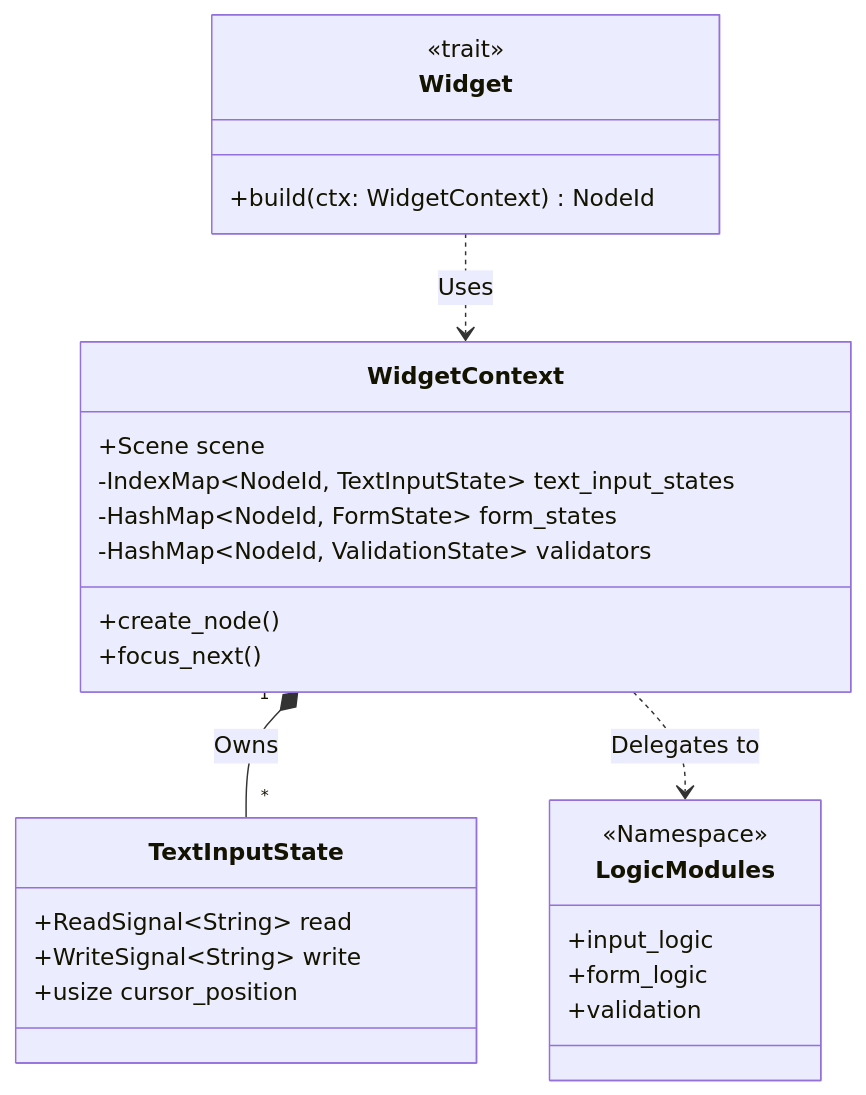
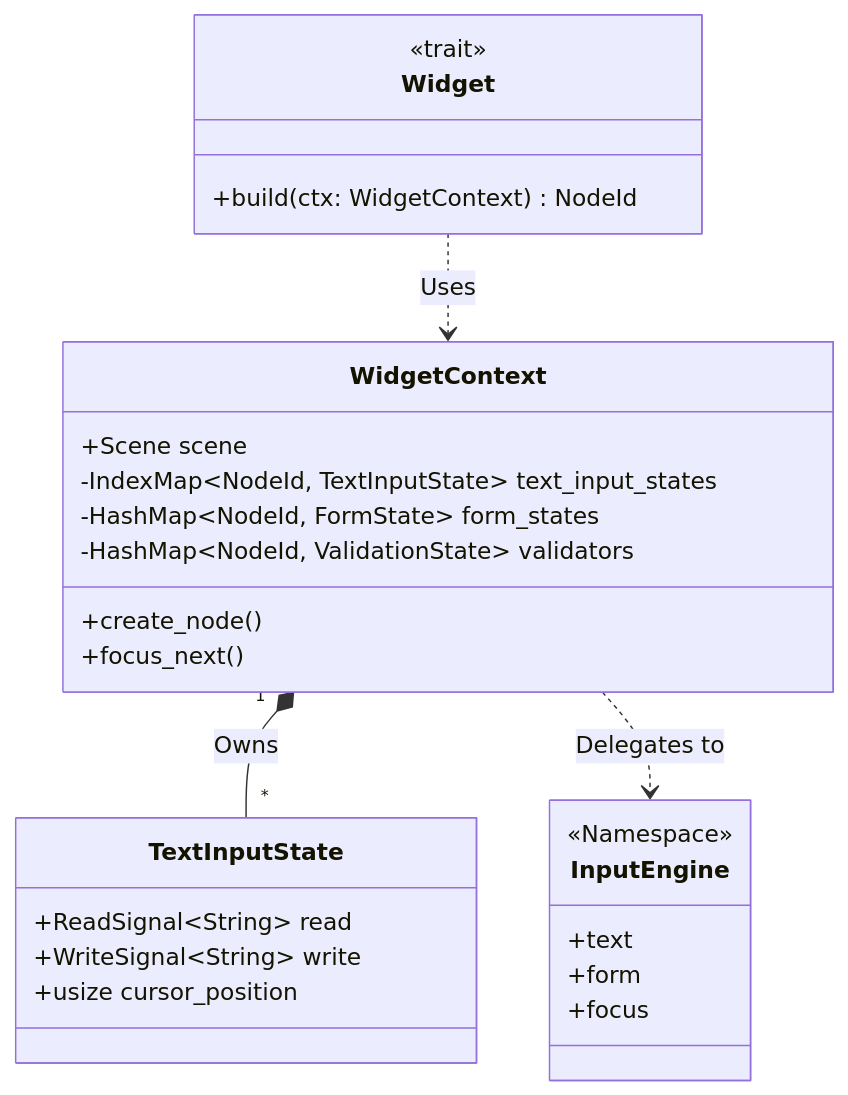
The sixth of 7 diagrams in docs/architecture.md (madmax983/arthropod), drawn with Mermaid before and after one commit. The commit also changed 1 other file, not shown here.

Commit message:
📜 Codex: ADR 0037 & Architecture Diagram Update (#684)
* 📜 Codex: ADR 0037 & Architecture Diagram Update

🧠 Decision: Recorded the unification of input and form logic into the `input-engine` crate, removing `input_logic` and `form_logic` from `widget-core`.
🗺️ Visuals: Updated the Widget System Structure class diagram in `docs/architecture.md` to show `WidgetContext` delegating to `InputEngine`.
🔗 Link: See `docs/adr/0037-input-engine-unification.md`.

* Fix CI format and build errors

- Fixed rustfmt error in `tests/phase4_desktop_visual_regression.rs`
- Fixed `RenderBackend` unresolved import error in `tests/figma_json_render_regression.rs`

---------

````diff
--- a/docs/architecture.md
+++ b/docs/architecture.md
@@ -165,33 +165,33 @@
 ```mermaid
 classDiagram
     class Widget {
         <<trait>>
         +build(ctx: WidgetContext) NodeId
     }
 
     class WidgetContext {
         +Scene scene
         -IndexMap~NodeId, TextInputState~ text_input_states
         -HashMap~NodeId, FormState~ form_states
         -HashMap~NodeId, ValidationState~ validators
         +create_node()
         +focus_next()
     }
 
-    class LogicModules {
+    class InputEngine {
         <<Namespace>>
-        +input_logic
-        +form_logic
-        +validation
+        +text
+        +form
+        +focus
     }
 
     class TextInputState {
         +ReadSignal~String~ read
         +WriteSignal~String~ write
         +usize cursor_position
     }
 
     Widget ..> WidgetContext : Uses
     WidgetContext "1" *-- "*" TextInputState : Owns
-    WidgetContext ..> LogicModules : Delegates to
+    WidgetContext ..> InputEngine : Delegates to
 ```
````
